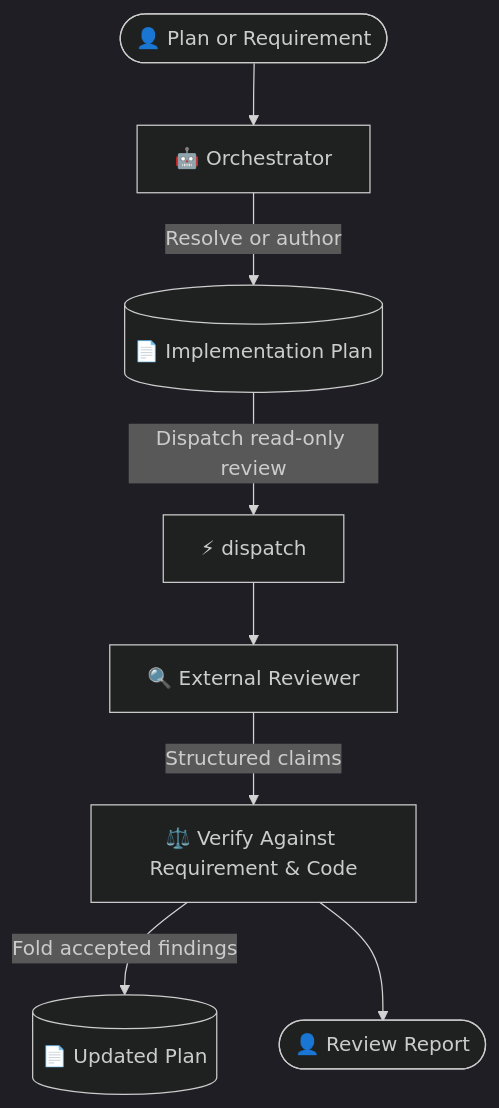
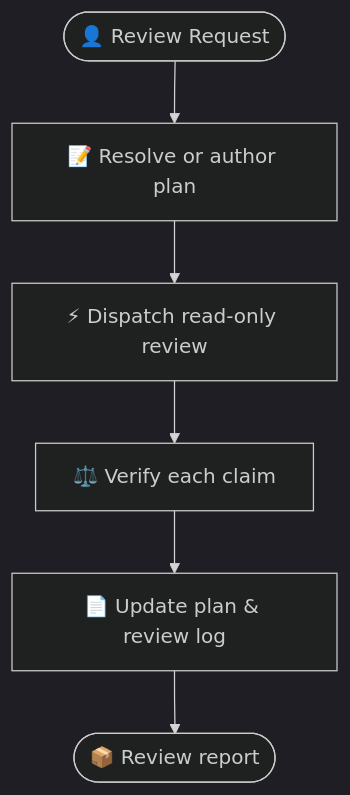
The diagram in skills/dispatch-plan-review/README.md (Gyunikuchan/dispatch-skills), drawn with Mermaid (dark theme) before and after one commit. The commit also changed other lines of this file and 34 other files, not shown here.

````diff
--- a/skills/dispatch-plan-review/README.md
+++ b/skills/dispatch-plan-review/README.md
@@ -14,10 +7,8 @@
 ```mermaid
 flowchart TD
-    Prompt(["👤 Plan or Requirement"]) --> Orchestrator["🤖 Orchestrator"]
-    Orchestrator -->|"Resolve or author"| Plan[("📄 Implementation Plan")]
-    Plan -->|"Dispatch read-only review"| Dispatch["⚡ dispatch"]
-    Dispatch --> Delegate["🔍 External Reviewer"]
-    Delegate -->|"Structured claims"| Adjudicate["⚖️ Verify Against Requirement & Code"]
-    Adjudicate -->|"Fold accepted findings"| UpdatedPlan[("📄 Updated Plan")]
-    Adjudicate --> Report(["👤 Review Report"])
+    User(["👤 Review Request"]) --> Resolve["📝 Resolve or author plan"]
+    Resolve --> Review["⚡ Dispatch read-only review"]
+    Review --> Verify["⚖️ Verify each claim"]
+    Verify --> Update["📄 Update plan & review log"]
+    Update --> Report(["📦 Review report"])
 ```
````
